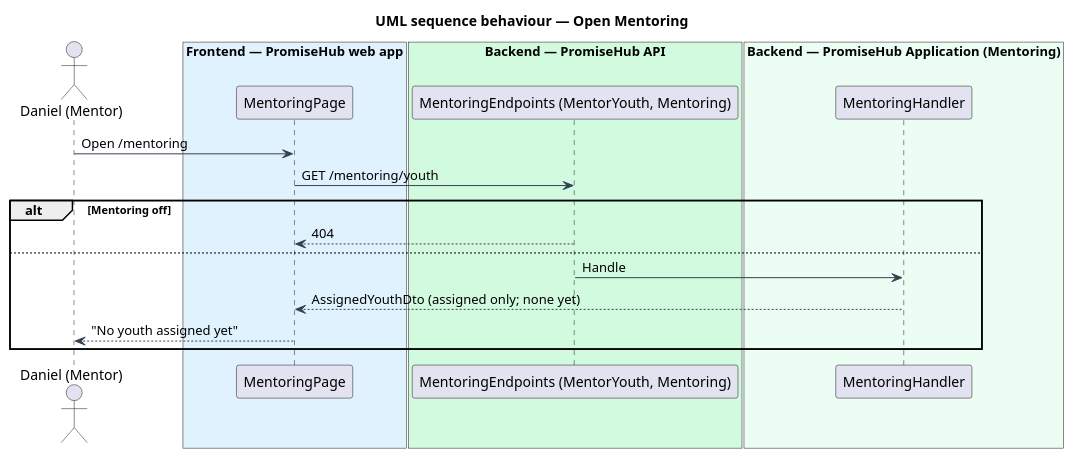
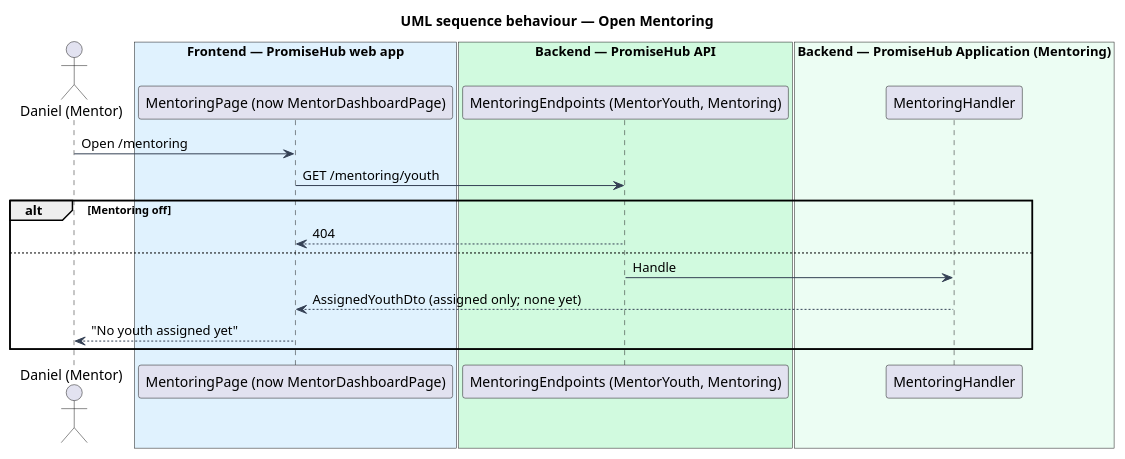
The diagram in docs/detailed-designs/mentoring/list-assigned-youth/diagrams/sequence-list-assigned-youth.puml (QuinntyneBrown/promise-hub), drawn with PlantUML before and after one commit. The commit also changed 40 other files, not shown here.

Commit message:
Align mocks, screen composition, designs and estimates with what was built for the mentor dashboard: breadcrumbs, the guardian call list, attendance badges, not-found states; the journey at 100%

```diff
--- a/docs/detailed-designs/mentoring/list-assigned-youth/diagrams/sequence-list-assigned-youth.puml
+++ b/docs/detailed-designs/mentoring/list-assigned-youth/diagrams/sequence-list-assigned-youth.puml
@@ -1,26 +1,26 @@
 @startuml
 title UML sequence behaviour — Open Mentoring
 skinparam backgroundColor #FFFFFF
 skinparam shadowing false
 skinparam defaultFontName Arial
 skinparam ArrowColor #344054
 actor "Daniel (Mentor)" as actor
 box "Frontend — PromiseHub web app" #E0F2FE
-  participant "MentoringPage" as page
+  participant "MentoringPage (now MentorDashboardPage)" as page
 end box
 box "Backend — PromiseHub API" #D1FADF
   participant "MentoringEndpoints (MentorYouth, Mentoring)" as endpoint
 end box
 box "Backend — PromiseHub Application (Mentoring)" #ECFDF3
   participant "MentoringHandler" as handler
 end box
 actor -> page : Open /mentoring
 page -> endpoint : GET /mentoring/youth
 alt Mentoring off
   endpoint --> page : 404
 else
   endpoint -> handler : Handle
   handler --> page : AssignedYouthDto (assigned only; none yet)
   page --> actor : "No youth assigned yet"
 end
 @enduml
```
